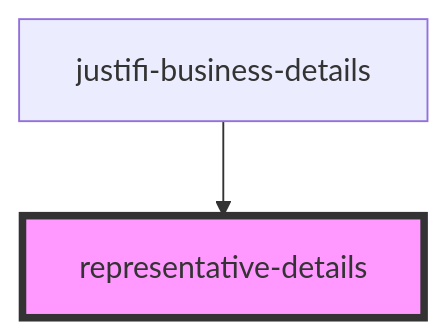
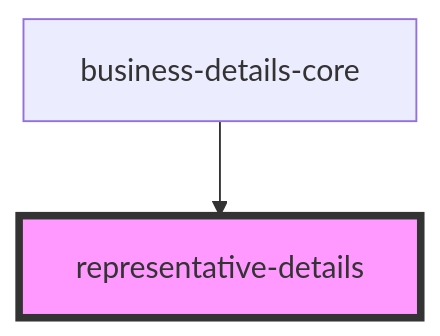
The diagram in packages/webcomponents/src/components/business-details/representative-details/readme.md (justifi-tech/web-component-library), drawn with Mermaid before and after one commit. The commit also changed other lines of this file and 32 other files, not shown here.

````diff
--- a/packages/webcomponents/src/components/business-details/representative-details/readme.md
+++ b/packages/webcomponents/src/components/business-details/representative-details/readme.md
@@ -22,5 +22,5 @@
 ```mermaid
 graph TD;
-  justifi-business-details --> representative-details
+  business-details-core --> representative-details
   style representative-details fill:#f9f,stroke:#333,stroke-width:4px
 ```
````
